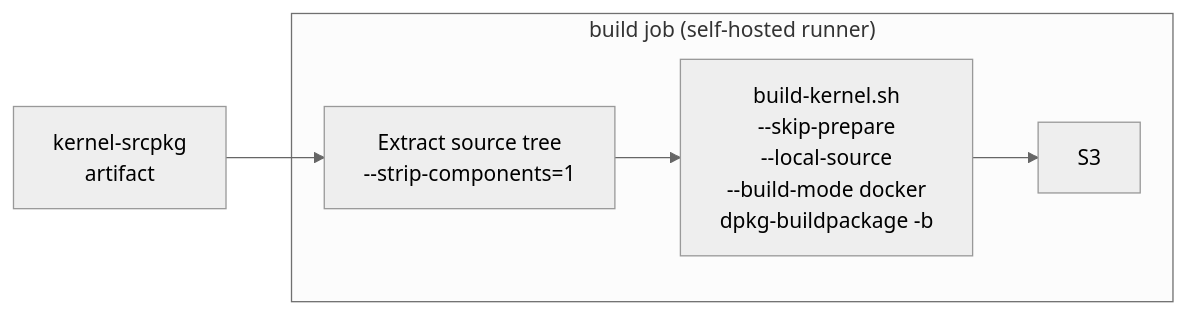
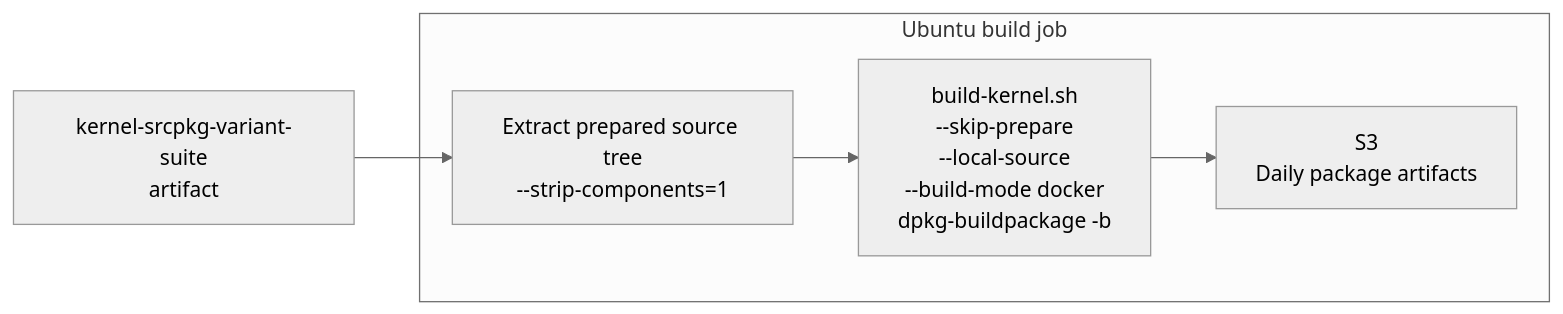
Before and after one commit to qualcomm-linux/pkg-linux-qcom: the sixth of 6 diagrams in README.md, drawn with Mermaid (neutral theme). The commit also changed other lines of this file, not shown here.

First line of the commit message:
docs: describe matrix-driven production kernel delivery

````diff
--- a/README.md
+++ b/README.md
@@ -198,11 +282,11 @@
 ```mermaid
 flowchart LR
-    ART["kernel-srcpkg\nartifact"] --> EXT
+    ART["kernel-srcpkg-variant-suite\nartifact"] --> EXT
 
-    subgraph build["build job (self-hosted runner)"]
-        EXT["Extract source tree\n--strip-components=1"] --> BK
+    subgraph build[Ubuntu build job]
+        EXT["Extract prepared source tree\n--strip-components=1"] --> BK
         BK["build-kernel.sh\n--skip-prepare\n--local-source\n--build-mode docker\ndpkg-buildpackage -b"] --> S3
     end
 
-    S3["S3\n<artifact-bucket>"]
+    S3["S3\nDaily package artifacts"]
 ```
````
